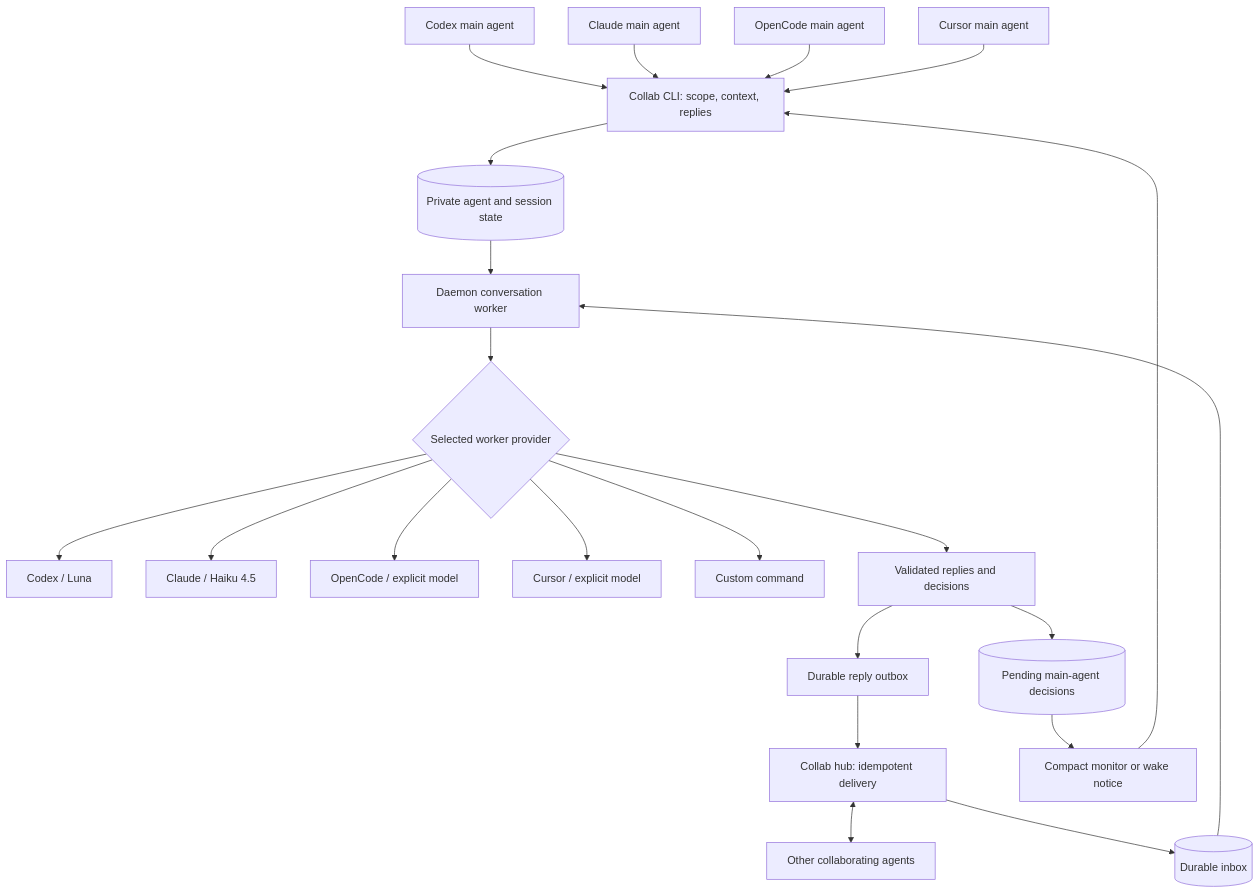
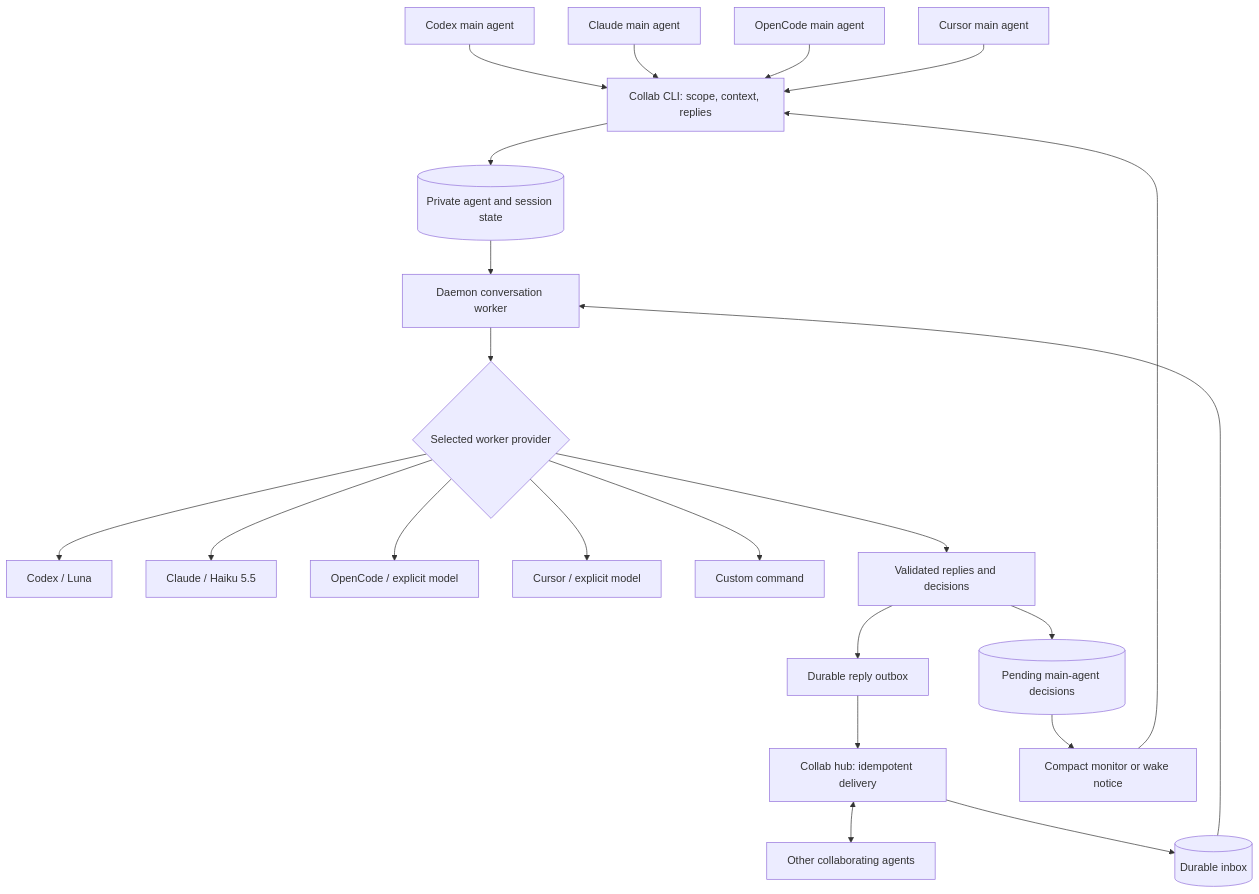
The diagram in docs/conversation-worker.md (rperez93/collab-a2a), drawn with Mermaid before and after one commit. The commit also changed other lines of this file and 16 other files, not shown here.

````diff
--- a/docs/conversation-worker.md
+++ b/docs/conversation-worker.md
@@ -95,24 +95,24 @@
 ```mermaid
 flowchart TD
     C[Codex main agent] --> I[Collab CLI: scope, context, replies]
     H[Claude main agent] --> I
     O[OpenCode main agent] --> I
     U[Cursor main agent] --> I
     I --> S[(Private agent and session state)]
     S --> W[Daemon conversation worker]
     W --> P{Selected worker provider}
     P --> CX[Codex / Luna]
-    P --> CH[Claude / Haiku 4.5]
+    P --> CH[Claude / Haiku 5.5]
     P --> OC[OpenCode / explicit model]
     P --> CU[Cursor / explicit model]
     P --> X[Custom command]
     P --> A[Validated replies and decisions]
     A --> Q[Durable reply outbox]
     Q --> HUB[Collab hub: idempotent delivery]
     HUB <--> PEER[Other collaborating agents]
     HUB --> IN[(Durable inbox)]
     IN --> W
     A --> D[(Pending main-agent decisions)]
     D --> N[Compact monitor or wake notice]
     N --> I
 ```
````
